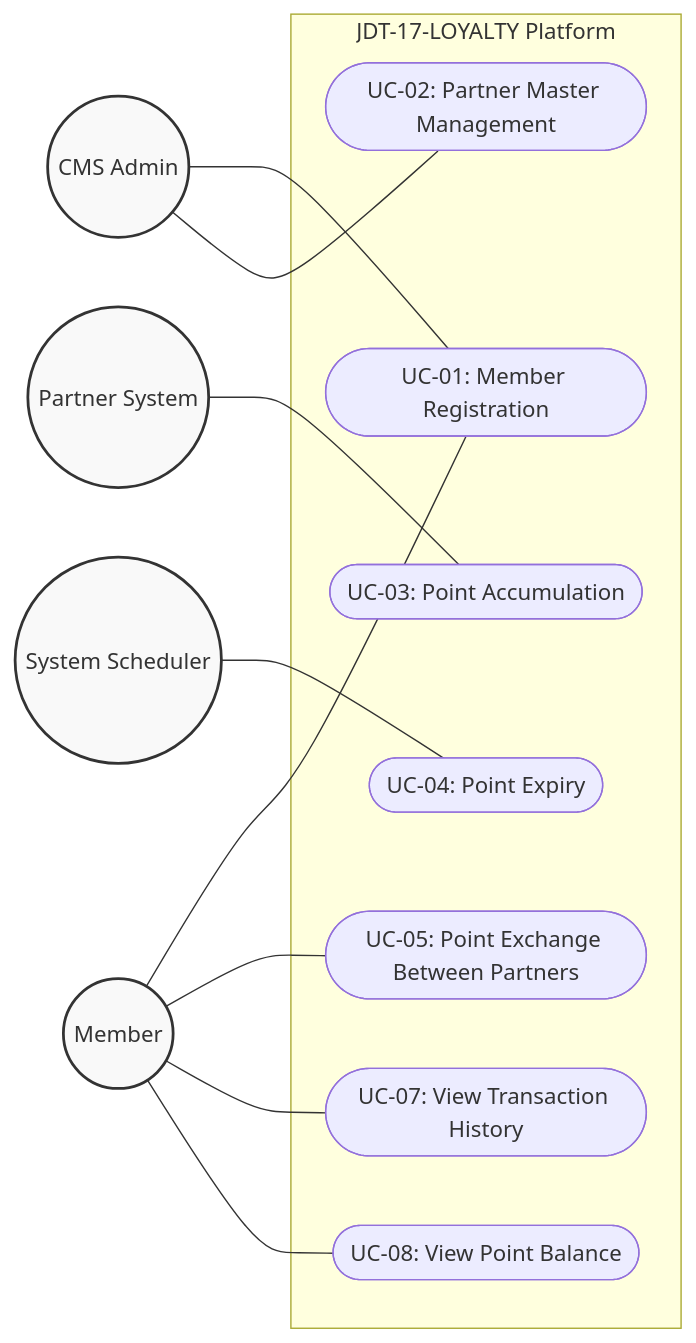
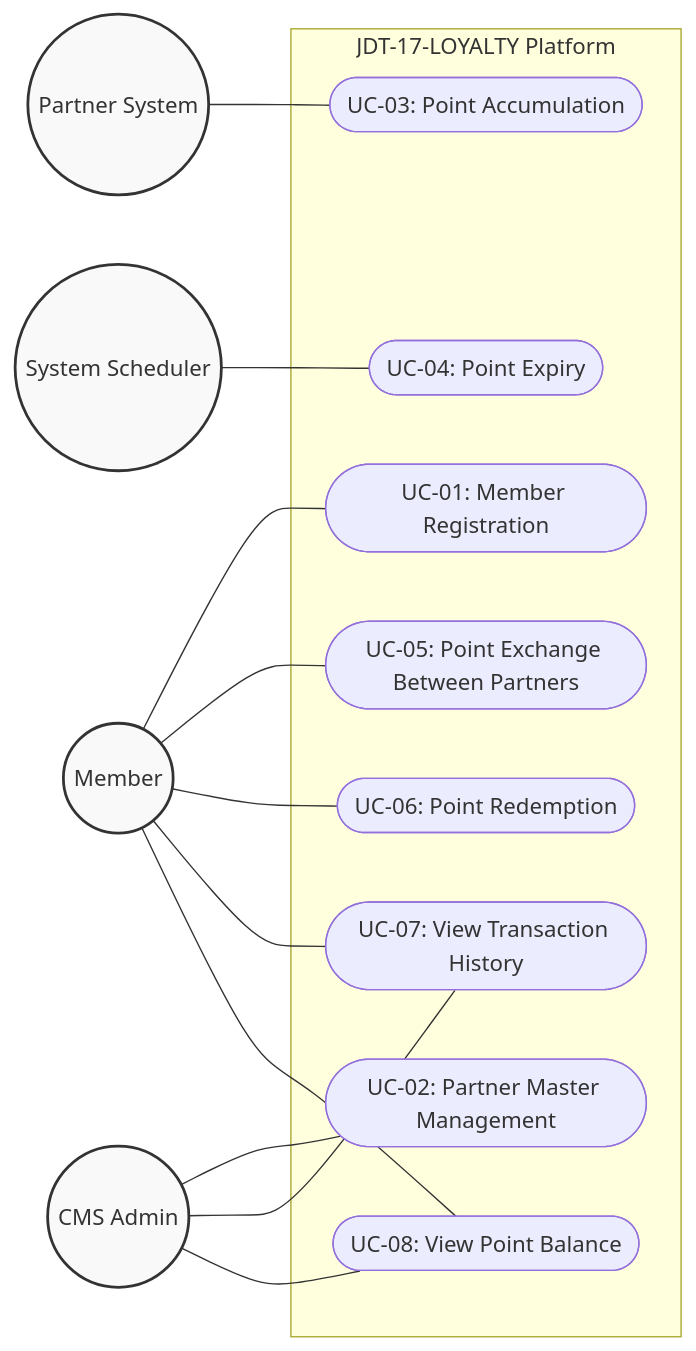
One commit to jtnqr/JDT-17-LOYALTY changed the diagram in usecase.diagram.md. Above: the diagram before and after it, drawn with Mermaid. The commit also changed 2 other files, not shown here.

Commit message:
docs: update activity/usecase diagrams and add redemption flowchart
activity.diagram.md:
- UC-01: Fix to POST /auth/register, add JWT generation step
- UC-02: Note bulk SQL for balance initialization
- UC-03: Note expiresAt field is set on EARN
- UC-04: Add '1am' time to cron trigger
- UC-06: Add new Point Redemption flow (NEW)

usecase.diagram.md:
- Add UC-06 Point Redemption
- Add Admin access to UC-07 (View Transaction History)
- Add Admin access to UC-08 (View Point Balance)
- Remove Admin from UC-01 (registration is self-service)

TSD.md:
- Add §3.4 Point Redemption Flow with mermaid diagram

````diff
--- a/usecase.diagram.md
+++ b/usecase.diagram.md
@@ -5,38 +5,41 @@
 ```mermaid
 flowchart LR
     %% Definition of Actors
     A1((Member))
     A2((CMS Admin))
     A3((Partner System))
     A4((System Scheduler))
     
     %% System Boundary
     subgraph "JDT-17-LOYALTY Platform"
         UC1([UC-01: Member Registration])
         UC2([UC-02: Partner Master Management])
         UC3([UC-03: Point Accumulation])
         UC4([UC-04: Point Expiry])
         UC5([UC-05: Point Exchange Between Partners])
+        UC6([UC-06: Point Redemption])
         UC7([UC-07: View Transaction History])
         UC8([UC-08: View Point Balance])
     end
     
     %% Relationship - Member
     A1 --- UC1
     A1 --- UC5
+    A1 --- UC6
     A1 --- UC7
     A1 --- UC8
     
     %% Relationship - Admin
-    A2 --- UC1
     A2 --- UC2
+    A2 --- UC7
+    A2 --- UC8
     
     %% Relationship - Partner System
     A3 --- UC3
     
     %% Relationship - System Scheduler
     A4 --- UC4
     
     classDef actor fill:#f9f9f9,stroke:#333,stroke-width:2px;
     class A1,A2,A3,A4 actor;
 ```
````
